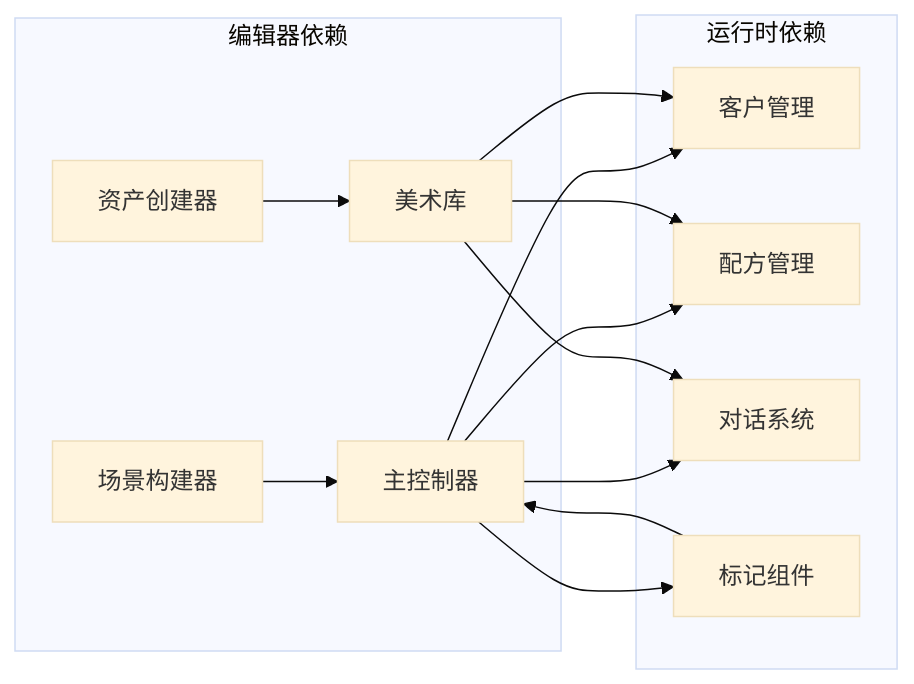
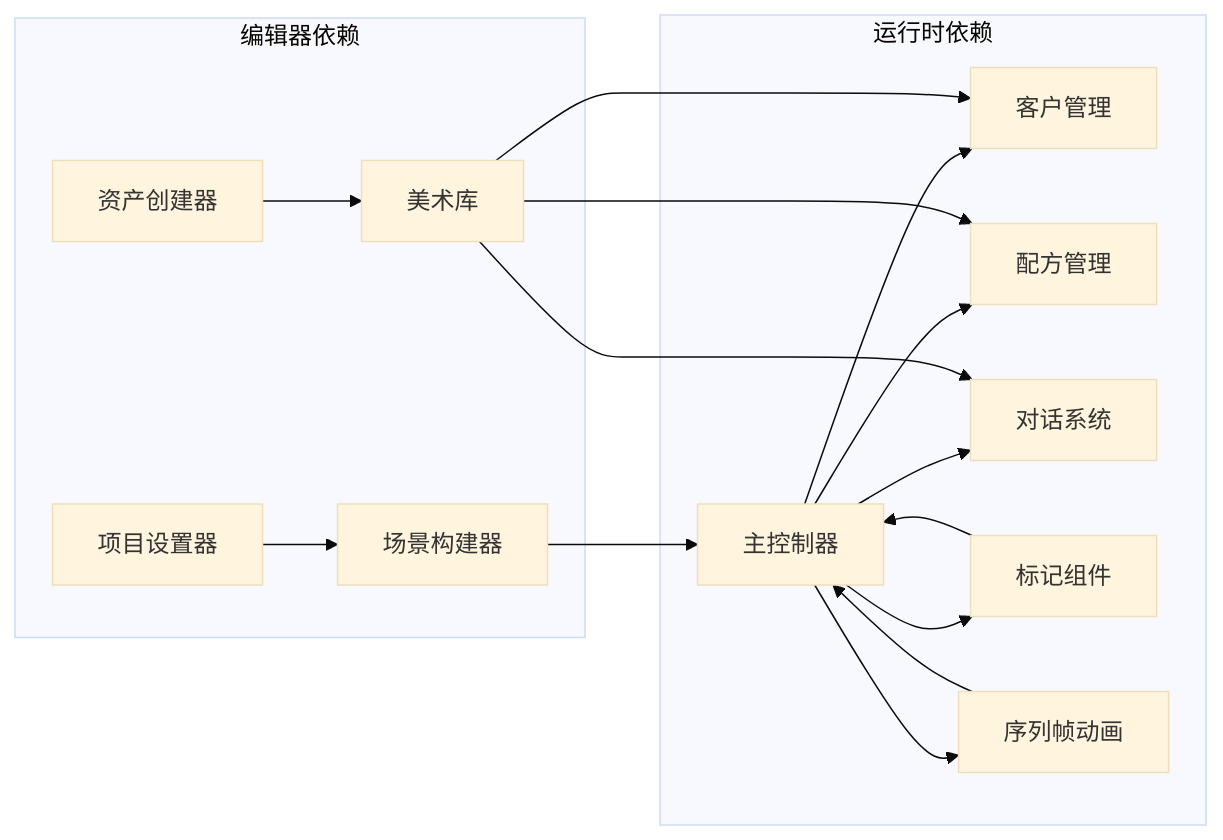
One commit to Thanatos42/-demo changed the fourth of 4 diagrams in .qoder/repowiki/zh/content/核心系统详解/核心系统详解.md. Above: the diagram before and after it, drawn with Mermaid (base theme). The commit also changed other lines of this file and 77 other files, not shown here.

````diff
--- a/.qoder/repowiki/zh/content/核心系统详解/核心系统详解.md
+++ b/.qoder/repowiki/zh/content/核心系统详解/核心系统详解.md
@@ -222,17 +271,20 @@
 ```mermaid
 graph LR
 subgraph "编辑器依赖"
-A[场景构建器] --> B[主控制器]
+A[项目设置器] --> B[场景构建器]
 C[资产创建器] --> D[美术库]
 end
 subgraph "运行时依赖"
-B --> E[客户管理]
-B --> F[配方管理]
-B --> G[对话系统]
-B --> H[标记组件]
+B --> E[主控制器]
+E --> F[客户管理]
+E --> G[配方管理]
+E --> H[对话系统]
+E --> I[标记组件]
+E --> J[序列帧动画]
 end
-D --> E
 D --> F
 D --> G
-H --> B
+D --> H
+I --> E
+J --> E
 ```
````
